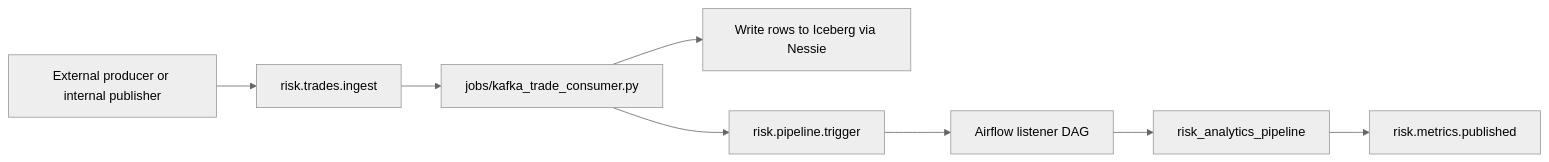
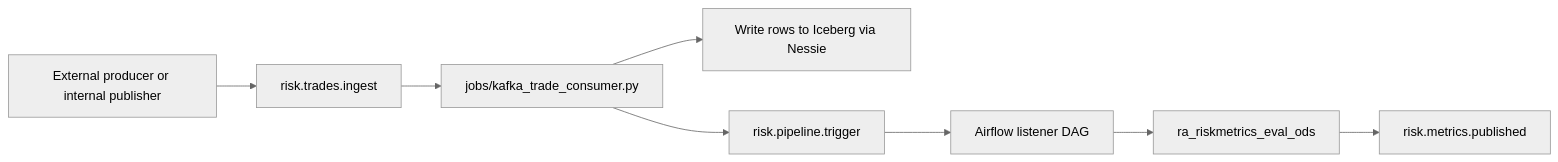
Before and after one commit to sankarasub/riskanalytics_df: the diagram in legacy_docs/kafka-integration.md, drawn with Mermaid (neutral theme). The commit also changed other lines of this file and 46 other files, not shown here.

````diff
--- a/legacy_docs/kafka-integration.md
+++ b/legacy_docs/kafka-integration.md
@@ -34,10 +34,10 @@
 ```mermaid
 flowchart LR
     producer[External producer or internal publisher] --> ingest[risk.trades.ingest]
     ingest --> stream[jobs/kafka_trade_consumer.py]
     stream --> iceberg[Write rows to Iceberg via Nessie]
     stream --> trigger[risk.pipeline.trigger]
     trigger --> listener[Airflow listener DAG]
-    listener --> pipeline[risk_analytics_pipeline]
+    listener --> pipeline[ra_riskmetrics_eval_ods]
     pipeline --> published[risk.metrics.published]
 ```
````
